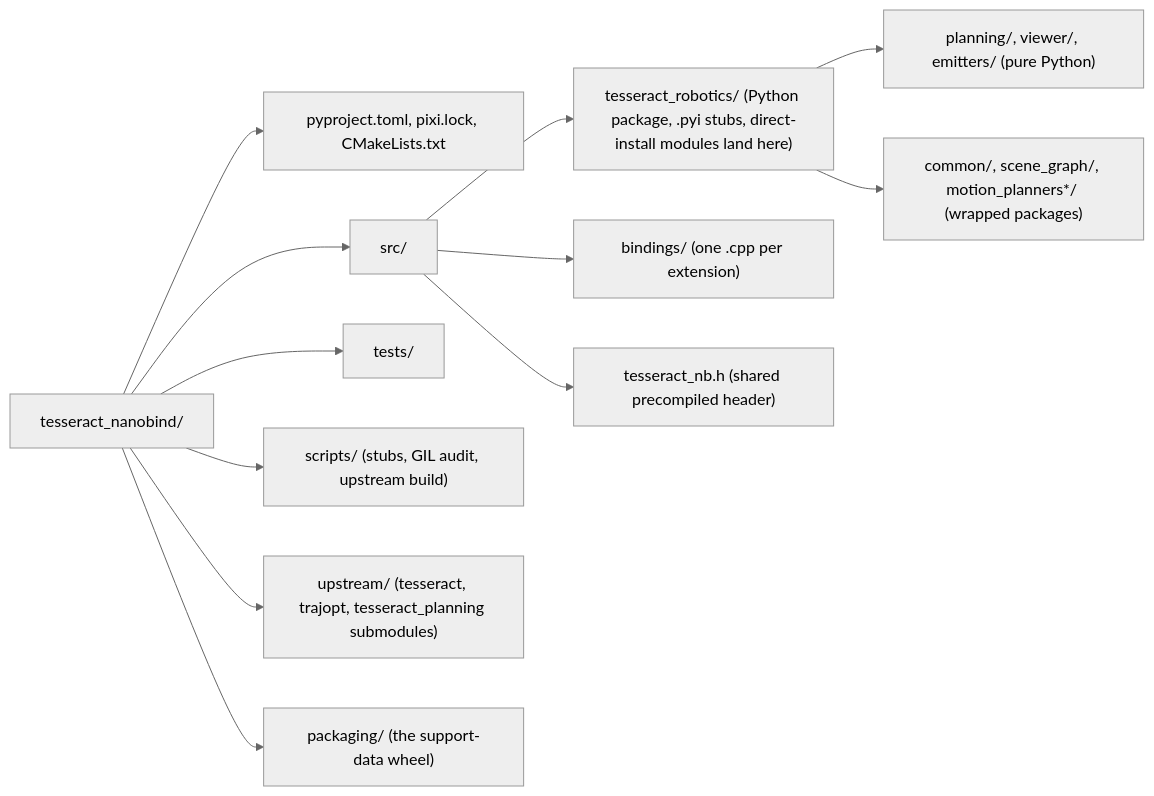
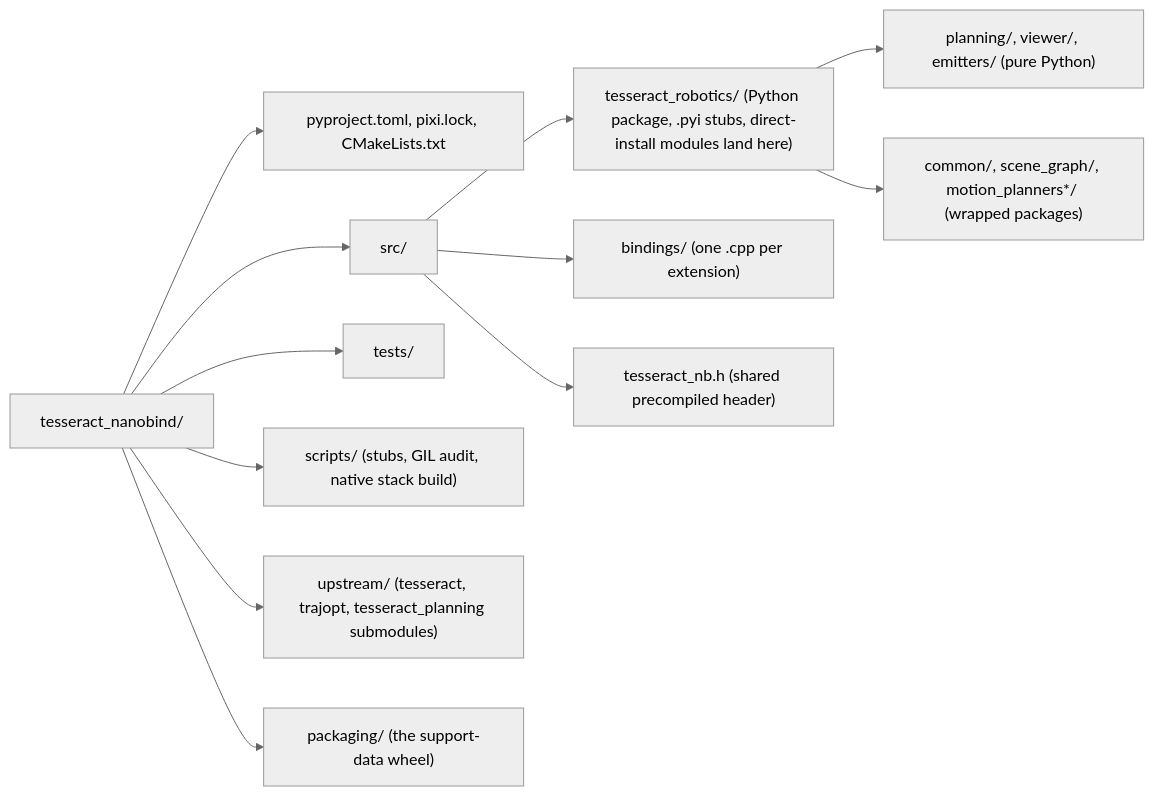
The fourth of 4 diagrams in docs/developer/index.md (tesseract-robotics/tesseract_nanobind), drawn with Mermaid (neutral theme) before and after one commit. The commit also changed other lines of this file and 7 other files, not shown here.

````diff
--- a/docs/developer/index.md
+++ b/docs/developer/index.md
@@ -279,15 +280,15 @@
 ```mermaid
 graph LR
     root["tesseract_nanobind/"]
     root --> cfg["pyproject.toml, pixi.lock, CMakeLists.txt"]
     root --> src["src/"]
     root --> tests["tests/"]
-    root --> scripts["scripts/ (stubs, GIL audit, upstream build)"]
+    root --> scripts["scripts/ (stubs, GIL audit, native stack build)"]
     root --> up["upstream/ (tesseract, trajopt, tesseract_planning submodules)"]
     root --> pk["packaging/ (the support-data wheel)"]
     src --> pkg["tesseract_robotics/ (Python package, .pyi stubs, direct-install modules land here)"]
     src --> bind["bindings/ (one <module>.cpp per extension)"]
     src --> hdr["tesseract_nb.h (shared precompiled header)"]
     pkg --> pl["planning/, viewer/, emitters/ (pure Python)"]
     pkg --> wr["common/, scene_graph/, motion_planners*/ (wrapped packages)"]
 ```
````
